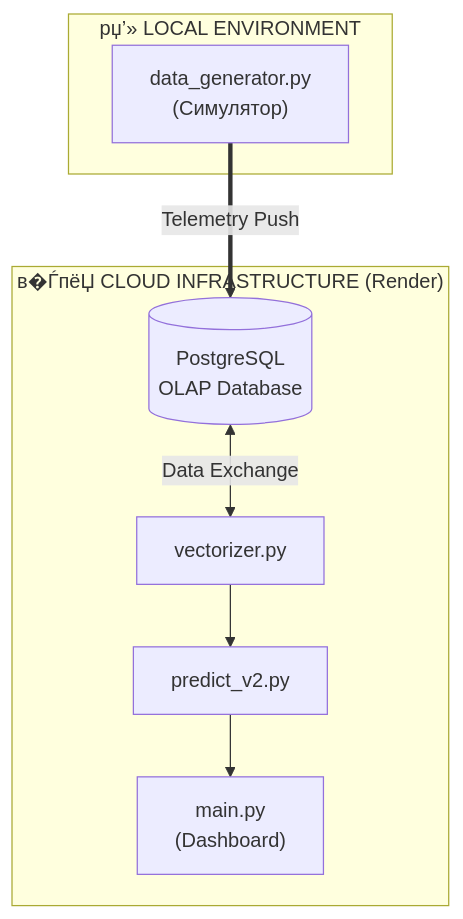
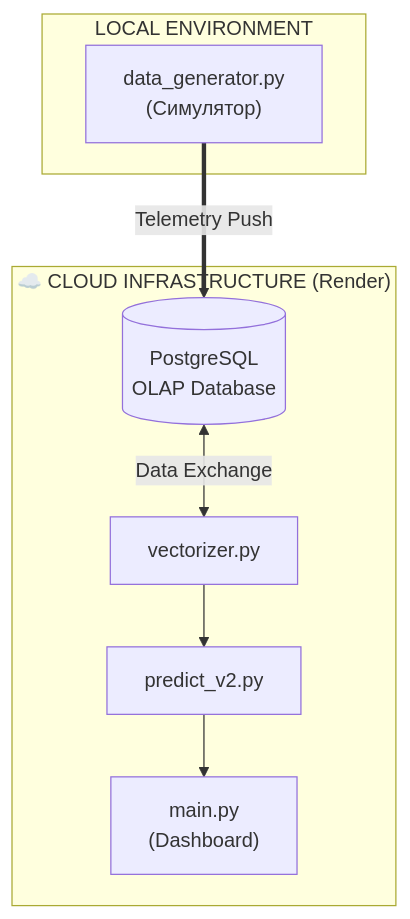
The eighth of 10 diagrams in docs/thesis/THESIS_FULL_FINAL_UTF8.md (Lutvunenko-Dmutro/EnergyMonitor-OLAP), drawn with Mermaid before and after one commit. The commit also changed other lines of this file and 16 other files, not shown here.

````diff
--- a/docs/thesis/THESIS_FULL_FINAL_UTF8.md
+++ b/docs/thesis/THESIS_FULL_FINAL_UTF8.md
@@ -828,18 +604,18 @@
 ```mermaid
 graph TD
-    subgraph Local ["рџ’» LOCAL ENVIRONMENT"]
+    subgraph Local ["LOCAL ENVIRONMENT"]
         DG["data_generator.py\n(Симулятор)"]
     end
 
-    subgraph Cloud ["в�ЃпёЏ CLOUD INFRASTRUCTURE (Render)"]
+    subgraph Cloud ["☁️ CLOUD INFRASTRUCTURE (Render)"]
         DB[(PostgreSQL\nOLAP Database)]
         Vect["vectorizer.py"]
         Pred["predict_v2.py"]
         UI["main.py\n(Dashboard)"]
     end
 
     DG ==>|"Telemetry Push"| DB
     DB <-->|"Data Exchange"| Vect
     Vect --> Pred
     Pred --> UI
 ```
````
